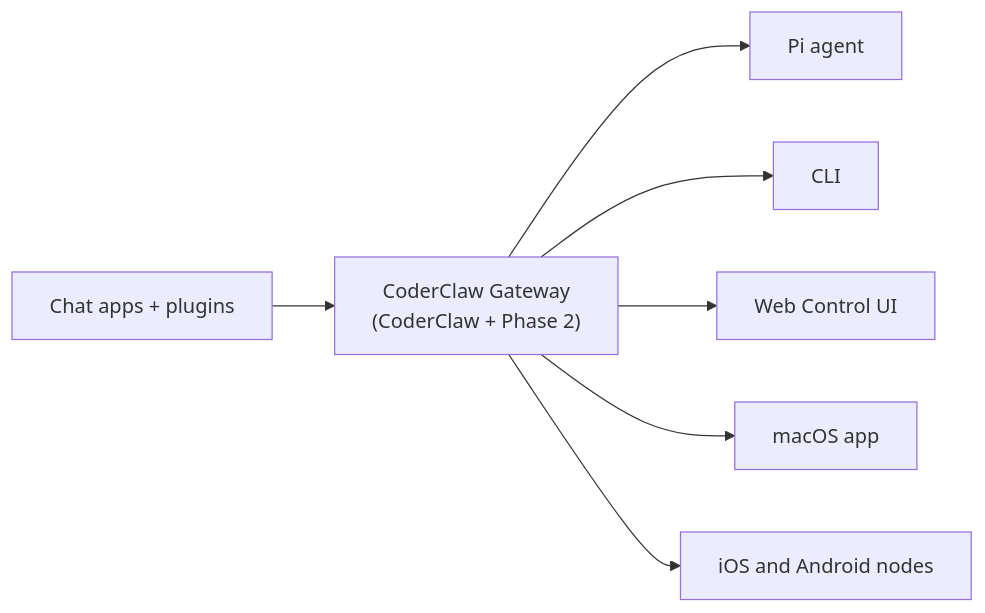
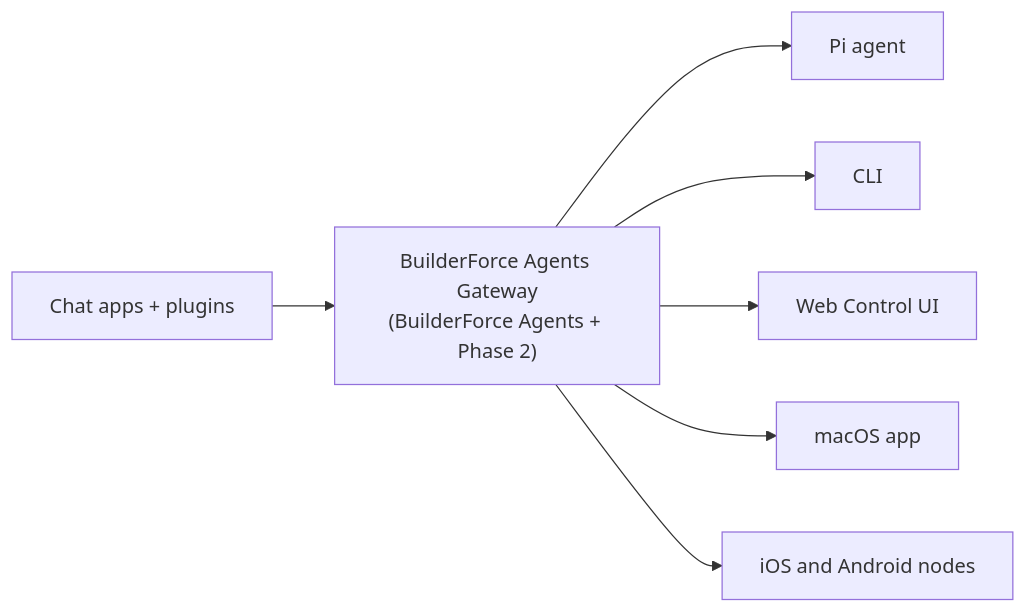
The diagram in docs-site/src/content/docs/index.md (SeanHogg/Builderforce.ai), drawn with Mermaid before and after one commit. The commit also changed other lines of this file and 5470 other files, not shown here.

````diff
--- a/docs-site/src/content/docs/index.md
+++ b/docs-site/src/content/docs/index.md
@@ -47,9 +47,9 @@
 ```mermaid
 flowchart LR
-  A["Chat apps + plugins"] --> B["CoderClaw Gateway<br/>(CoderClaw + Phase 2)"]
+  A["Chat apps + plugins"] --> B["BuilderForce Agents Gateway<br/>(BuilderForce Agents + Phase 2)"]
   B --> C["Pi agent"]
   B --> D["CLI"]
   B --> E["Web Control UI"]
   B --> F["macOS app"]
   B --> G["iOS and Android nodes"]
 ```
````
